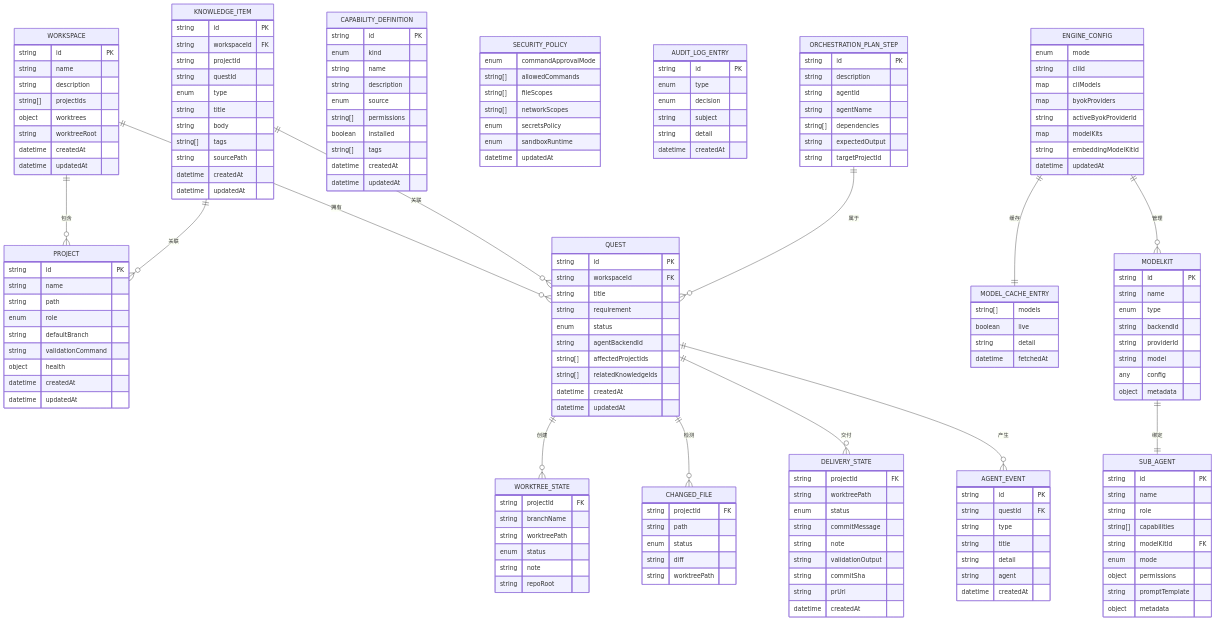
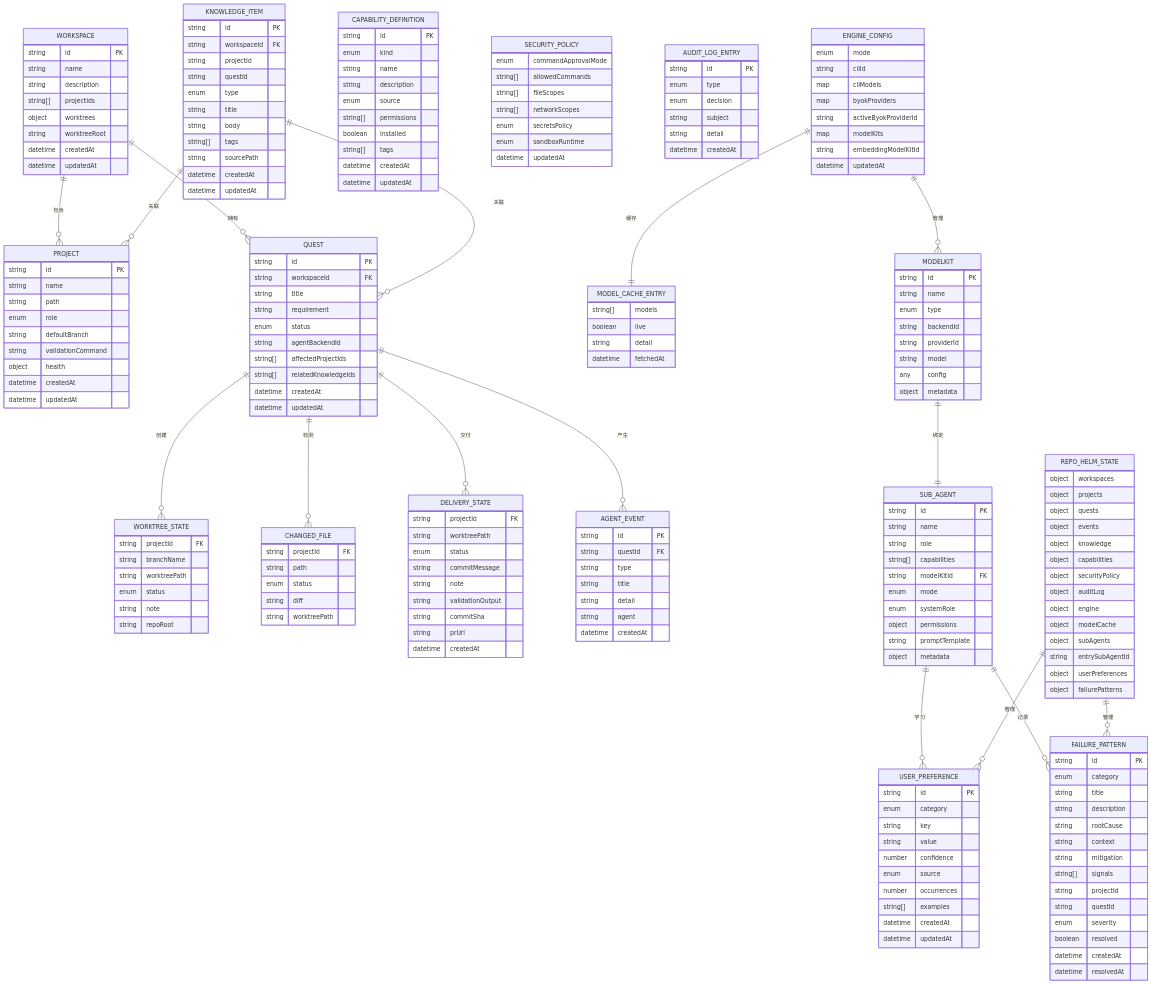
Before and after one commit to coconilu/RepoHelm: the third of 7 diagrams in .qoder/repowiki/zh/content/数据模型和类型系统/数据模型和类型系统.md, drawn with Mermaid. The commit also changed other lines of this file and 12 other files, not shown here.

First line of the commit message:
Add feature-quality workflow and system agents

````diff
--- a/.qoder/repowiki/zh/content/数据模型和类型系统/数据模型和类型系统.md
+++ b/.qoder/repowiki/zh/content/数据模型和类型系统/数据模型和类型系统.md
@@ -368,18 +388,54 @@
 string[] capabilities
 string modelKitId FK
 enum mode
+enum systemRole
 object permissions
 string promptTemplate
 object metadata
 }
-ORCHESTRATION_PLAN_STEP {
+USER_PREFERENCE {
 string id PK
+enum category
+string key
+string value
+number confidence
+enum source
+number occurrences
+string[] examples
+datetime createdAt
+datetime updatedAt
+}
+FAILURE_PATTERN {
+string id PK
+enum category
+string title
 string description
-string agentId
-string agentName
-string[] dependencies
-string expectedOutput
-string targetProjectId
+string rootCause
+string context
+string mitigation
+string[] signals
+string projectId
+string questId
+enum severity
+boolean resolved
+datetime createdAt
+datetime resolvedAt
+}
+REPO_HELM_STATE {
+object workspaces
+object projects
+object quests
+object events
+object knowledge
+object capabilities
+object securityPolicy
+object auditLog
+object engine
+object modelCache
+object subAgents
+string entrySubAgentId
+object userPreferences
+object failurePatterns
 }
 WORKSPACE ||--o{ PROJECT : "包含"
 WORKSPACE ||--o{ QUEST : "拥有"
@@ -392,5 +448,8 @@
 ENGINE_CONFIG ||--|| MODEL_CACHE_ENTRY : "缓存"
 ENGINE_CONFIG ||--o{ MODELKIT : "管理"
 MODELKIT ||--|| SUB_AGENT : "绑定"
-ORCHESTRATION_PLAN_STEP ||--o{ QUEST : "属于"
+SUB_AGENT ||--o{ USER_PREFERENCE : "学习"
+SUB_AGENT ||--o{ FAILURE_PATTERN : "记录"
+REPO_HELM_STATE ||--o{ USER_PREFERENCE : "管理"
+REPO_HELM_STATE ||--o{ FAILURE_PATTERN : "管理"
 ```
````
